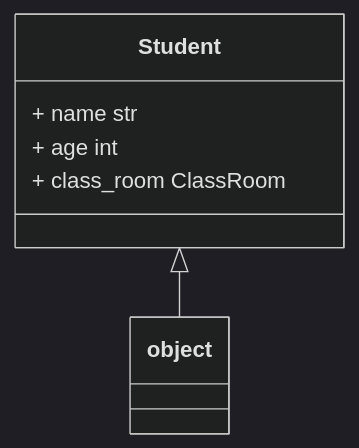
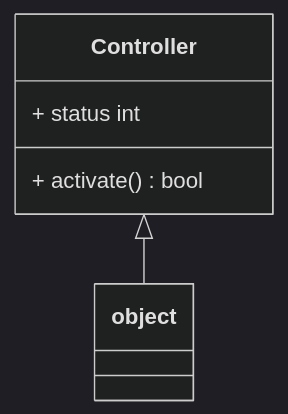
The diagram in output/design_doc.md (kesler20/draw-uml-backend), drawn with Mermaid (dark theme) before and after one commit. The commit also changed other lines of this file and 35 other files, not shown here.

````diff
--- a/output/design_doc.md
+++ b/output/design_doc.md
@@ -3,7 +3,6 @@
 ```mermaid
 classDiagram
-   Student <|-- object
-   Student : + name str
-   Student : + age int
-   Student : + class_room ClassRoom
+   Controller <|-- object
+   Controller : + status int
+   Controller : + activate() bool
 ```
````
